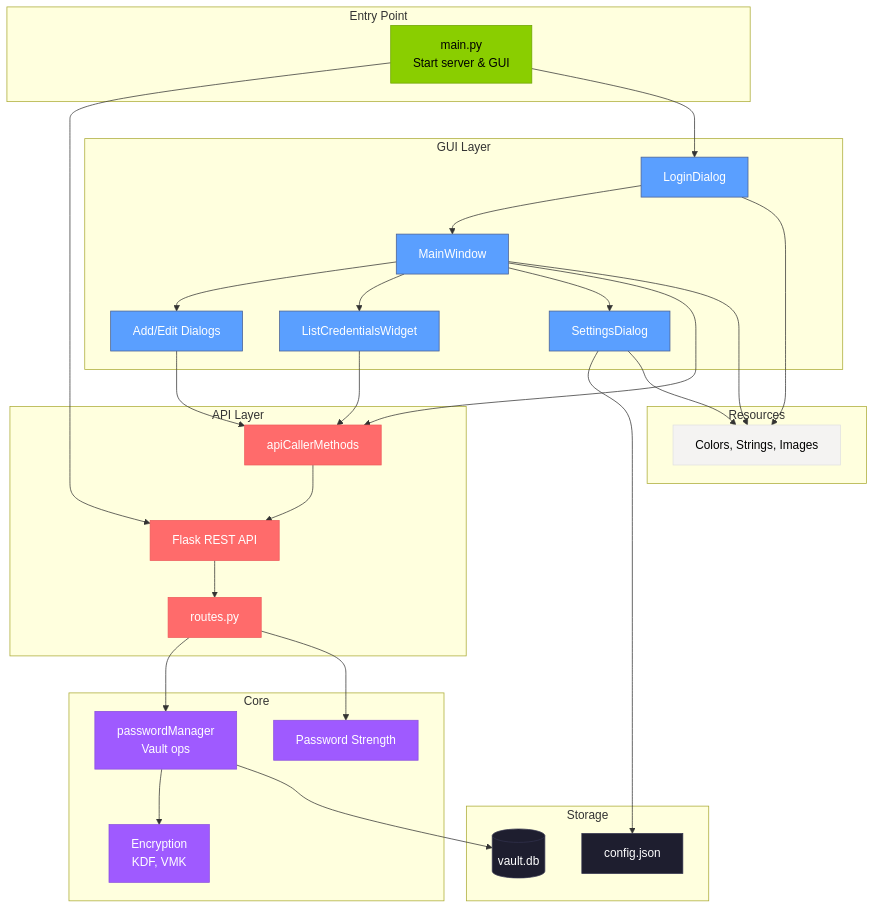
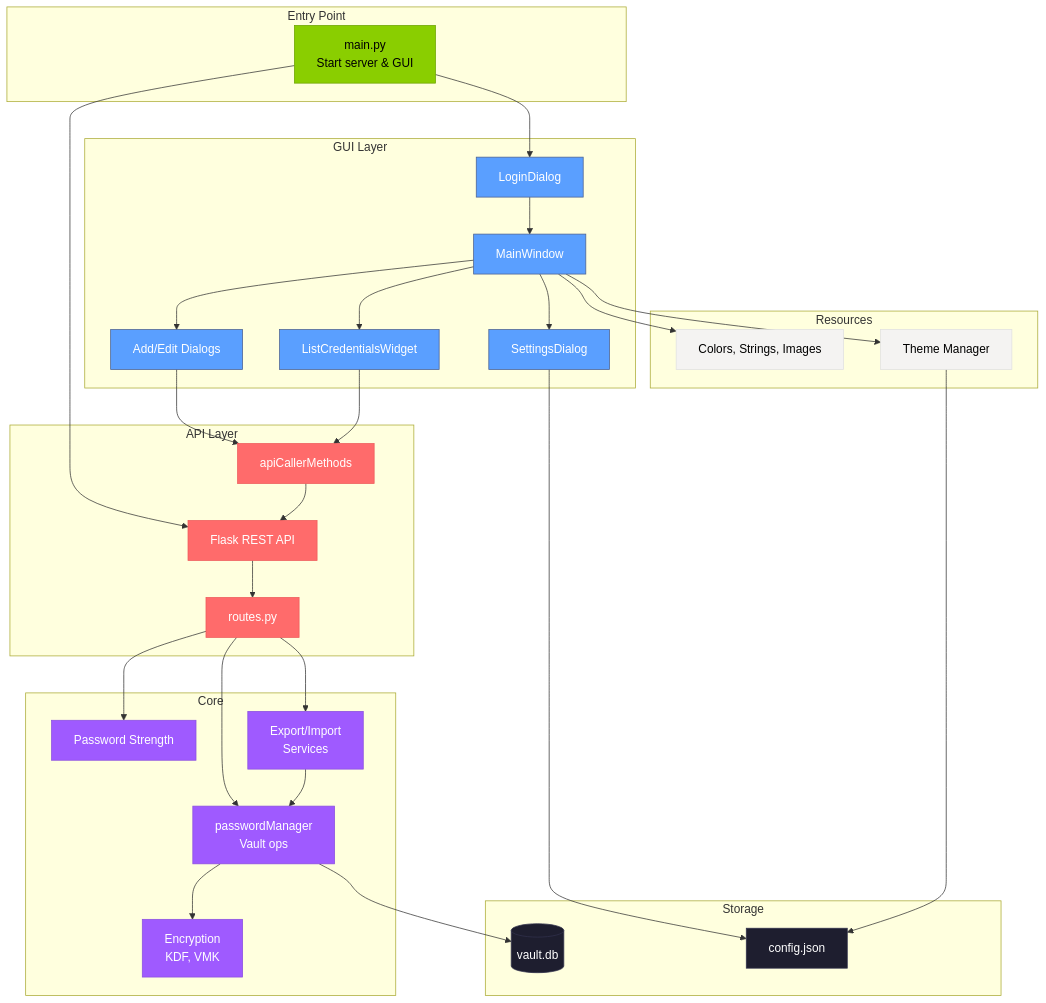
One commit to cis3296f25/final-project-02-passwordmanager changed the diagram in README.md. Above: the diagram before and after it, drawn with Mermaid. The commit also changed other lines of this file and 1 other file, not shown here.

Commit message:
Updated README.md and componentDiagram.txt

````diff
--- a/README.md
+++ b/README.md
@@ -55,72 +75,75 @@
 ```mermaid
 graph TB
     subgraph "Entry Point"
         MAIN[main.py<br/>Start server & GUI]
     end
 
     subgraph "GUI Layer"
         LOGIN[LoginDialog]
         MAINWIN[MainWindow]
         DIALOGS[Add/Edit Dialogs]
         LIST[ListCredentialsWidget]
         SETTINGS[SettingsDialog]
     end
 
     subgraph "API Layer"
         API[Flask REST API]
         ROUTES[routes.py]
         CALLER[apiCallerMethods]
     end
 
     subgraph "Core"
         PM[passwordManager<br/>Vault ops]
         CRYPTO[Encryption<br/>KDF, VMK]
         VALIDATE[Password Strength]
+        EXPORT[Export/Import<br/>Services]
     end
 
     subgraph "Storage"
         DB[(vault.db)]
         CONFIG[config.json]
     end
 
     subgraph "Resources"
         RES[Colors, Strings, Images]
+        THEME[Theme Manager]
     end
 
     MAIN --> API
     MAIN --> LOGIN
     LOGIN --> MAINWIN
     MAINWIN --> DIALOGS
     MAINWIN --> LIST
     MAINWIN --> SETTINGS
 
-    MAINWIN --> CALLER
     DIALOGS --> CALLER
     LIST --> CALLER
     CALLER --> API
     API --> ROUTES
     ROUTES --> PM
     ROUTES --> VALIDATE
+    ROUTES --> EXPORT
     PM --> CRYPTO
     PM --> DB
+    EXPORT --> PM
 
     SETTINGS --> CONFIG
     MAINWIN --> RES
-    LOGIN --> RES
-    SETTINGS --> RES
+    MAINWIN --> THEME
+    THEME --> CONFIG
 
     classDef entry fill:#8ACE00,stroke:#6DA400,color:#000
     classDef gui fill:#5a9fff,stroke:#4a5f8f,color:#fff
     classDef api fill:#ff6b6b,stroke:#ee5a5a,color:#fff
     classDef core fill:#9f5aff,stroke:#8a4fdf,color:#fff
     classDef storage fill:#1e1e2f,stroke:#31314d,color:#fff
     classDef res fill:#F4F3F2,stroke:#e0e0e0,color:#000
 
     class MAIN entry
     class LOGIN,MAINWIN,DIALOGS,LIST,SETTINGS gui
     class API,ROUTES,CALLER api
-    class PM,CRYPTO,VALIDATE core
+    class PM,CRYPTO,VALIDATE,EXPORT core
     class DB,CONFIG storage
-    class RES res
+    class RES,THEME res
 
 ```
````
